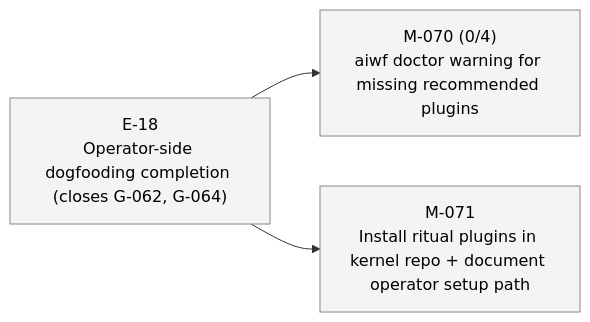
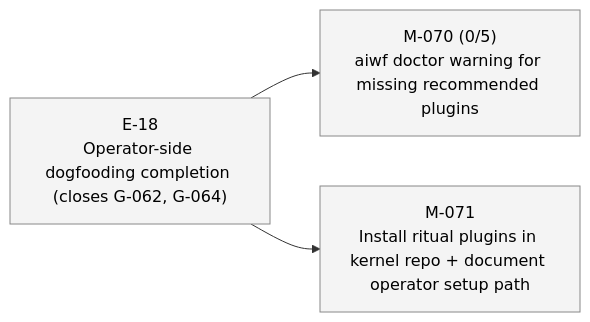
The fourth of 4 diagrams in STATUS.md (23min/aiwf), drawn with Mermaid before and after one commit. The commit also changed other lines of this file and 1 other file, not shown here.

First line of the commit message:
aiwf add ac M-070/AC-5 "Plugins installed for this project's scope produce no finding"

````diff
--- a/STATUS.md
+++ b/STATUS.md
@@ -80,14 +80,14 @@
 ```mermaid
 flowchart LR
   E_18["E-18<br/>Operator-side dogfooding completion (closes G-062, G-064)"]:::epic_proposed
-  M_070["M-070 (0/4)<br/>aiwf doctor warning for missing recommended plugins"]:::ms_draft
+  M_070["M-070 (0/5)<br/>aiwf doctor warning for missing recommended plugins"]:::ms_draft
   E_18 --> M_070
   M_071["M-071<br/>Install ritual plugins in kernel repo + document operator setup path"]:::ms_draft
   E_18 --> M_071
   classDef epic_active fill:#d6eaff,stroke:#1a73e8,color:#000
   classDef epic_proposed fill:#f4f4f4,stroke:#888,color:#000
   classDef ms_done fill:#d8f5d8,stroke:#2a8a2a,color:#000
   classDef ms_in_progress fill:#fff3c4,stroke:#caa400,color:#000
   classDef ms_draft fill:#f4f4f4,stroke:#888,color:#000
   classDef ms_cancelled fill:#fbeaea,stroke:#c33,color:#000
 ```
````
